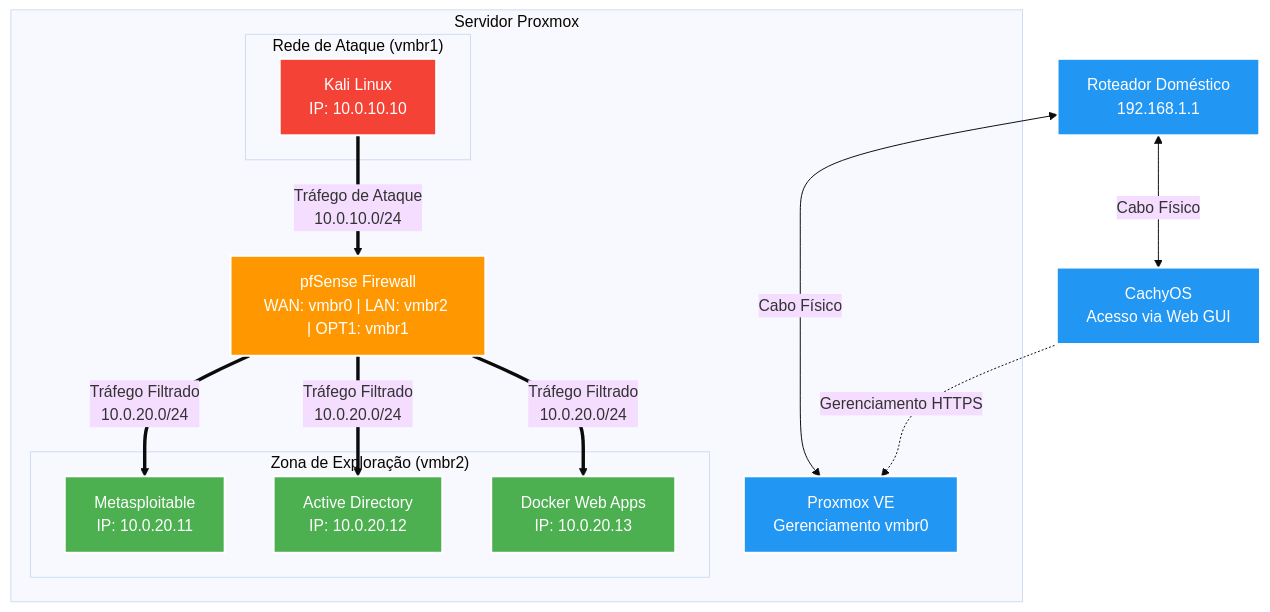
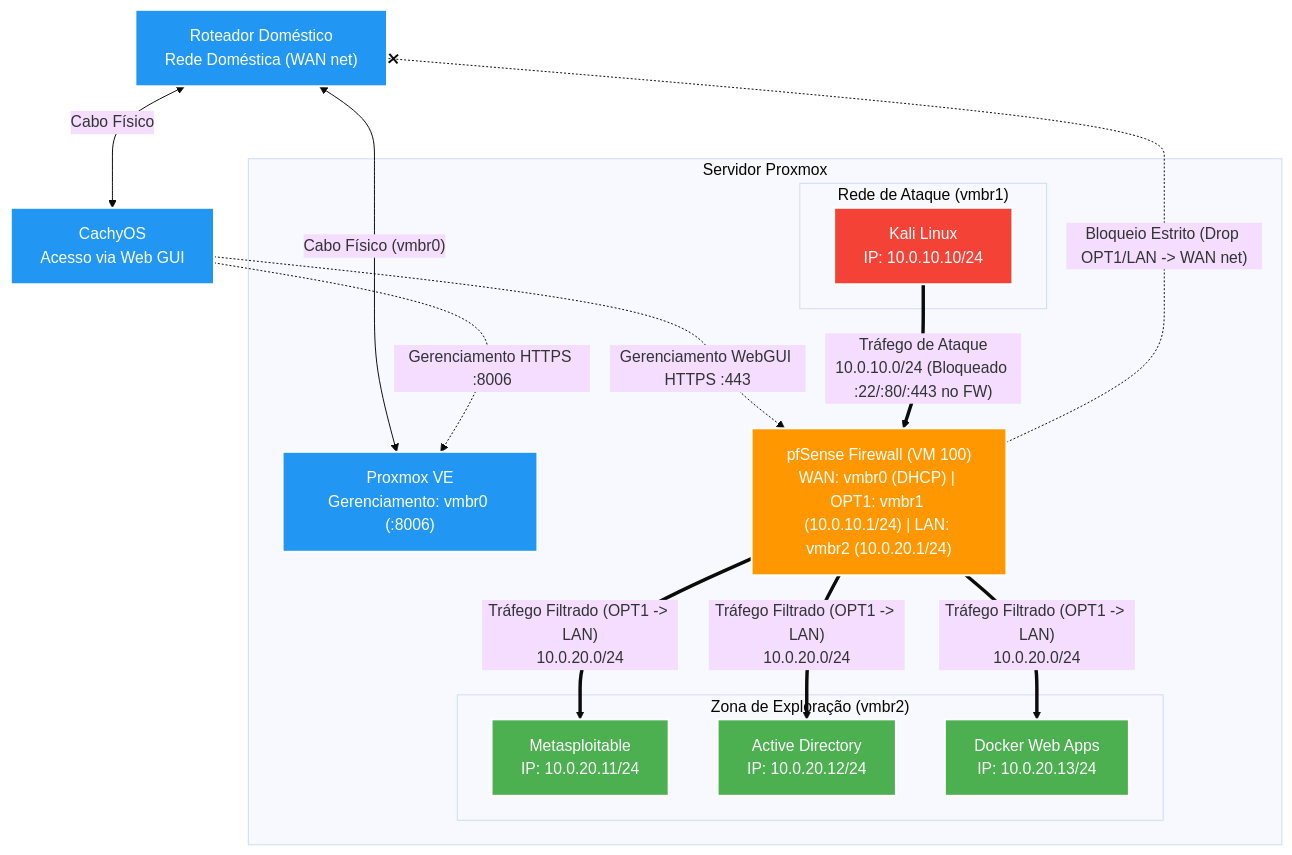
The diagram in docs/topologia.md (nelleuSant/homelab-exploration-zone), drawn with Mermaid (base theme) before and after one commit. The commit also changed 2 other files, not shown here.

Commit message:
Mudando arquivo README

````diff
--- a/docs/topologia.md
+++ b/docs/topologia.md
@@ -5,43 +5,47 @@
 ```mermaid
 flowchart TD
     %% Infraestrutura Doméstica
-    Router[Roteador Doméstico\n192.168.1.1]
-    CachyOS[CachyOS\nAcesso via Web GUI]
+    Router["Roteador Doméstico\nRede Doméstica (WAN net)"]
+    CachyOS["CachyOS\nAcesso via Web GUI"]
 
     subgraph "Servidor Proxmox"
-        Proxmox[Proxmox VE\nGerenciamento vmbr0]
-        FW["pfSense Firewall\nWAN: vmbr0 | LAN: vmbr2 | OPT1: vmbr1"]
+        Proxmox["Proxmox VE\nGerenciamento: vmbr0 (:8006)"]
+        FW["pfSense Firewall (VM 100)\nWAN: vmbr0 (DHCP) | OPT1: vmbr1 (10.0.10.1/24) | LAN: vmbr2 (10.0.20.1/24)"]
         
         subgraph "Rede de Ataque (vmbr1)"
-            Kali[Kali Linux\nIP: 10.0.10.10]
+            Kali["Kali Linux\nIP: 10.0.10.10/24"]
         end
 
         subgraph "Zona de Exploração (vmbr2)"
-            Vuln1[Metasploitable\nIP: 10.0.20.11]
-            Vuln2[Active Directory\nIP: 10.0.20.12]
-            Vuln3[Docker Web Apps\nIP: 10.0.20.13]
+            Vuln1["Metasploitable\nIP: 10.0.20.11/24"]
+            Vuln2["Active Directory\nIP: 10.0.20.12/24"]
+            Vuln3["Docker Web Apps\nIP: 10.0.20.13/24"]
         end
     end
 
     %% Conexões
-    Router <-->|Cabo Físico| Proxmox
-    Router <-->|Cabo Físico| CachyOS
-    CachyOS -.->|Gerenciamento HTTPS| Proxmox
+    Router <-->|"Cabo Físico (vmbr0)"| Proxmox
+    Router <-->|"Cabo Físico"| CachyOS
+    CachyOS -.->|"Gerenciamento HTTPS :8006"| Proxmox
+    CachyOS -.->|"Gerenciamento WebGUI HTTPS :443"| FW
     
     %% Roteamento Interno do Proxmox
-    Kali == "Tráfego de Ataque\n10.0.10.0/24" ==> FW
-    FW == "Tráfego Filtrado\n10.0.20.0/24" ==> Vuln1
-    FW == "Tráfego Filtrado\n10.0.20.0/24" ==> Vuln2
-    FW == "Tráfego Filtrado\n10.0.20.0/24" ==> Vuln3
+    Kali == "Tráfego de Ataque\n10.0.10.0/24 (Bloqueado :22/:80/:443 no FW)" ==> FW
+    FW == "Tráfego Filtrado (OPT1 -> LAN)\n10.0.20.0/24" ==> Vuln1
+    FW == "Tráfego Filtrado (OPT1 -> LAN)\n10.0.20.0/24" ==> Vuln2
+    FW == "Tráfego Filtrado (OPT1 -> LAN)\n10.0.20.0/24" ==> Vuln3
+
+    %% Isolamento da Rede Doméstica
+    FW -.-x|"Bloqueio Estrito (Drop OPT1/LAN -> WAN net)"| Router
 
     %% Estilização
     classDef redeSegura fill:#2196F3,color:#fff,stroke:#fff,stroke-width:2px;
     classDef redeAtaque fill:#f44336,color:#fff,stroke:#fff,stroke-width:2px;
     classDef redeAlvo fill:#4CAF50,color:#fff,stroke:#fff,stroke-width:2px;
     classDef fw fill:#FF9800,color:#fff,stroke:#fff,stroke-width:2px;
 
     class Router,CachyOS,Proxmox redeSegura;
     class Kali redeAtaque;
     class Vuln1,Vuln2,Vuln3 redeAlvo;
     class FW fw;
 ```
````
